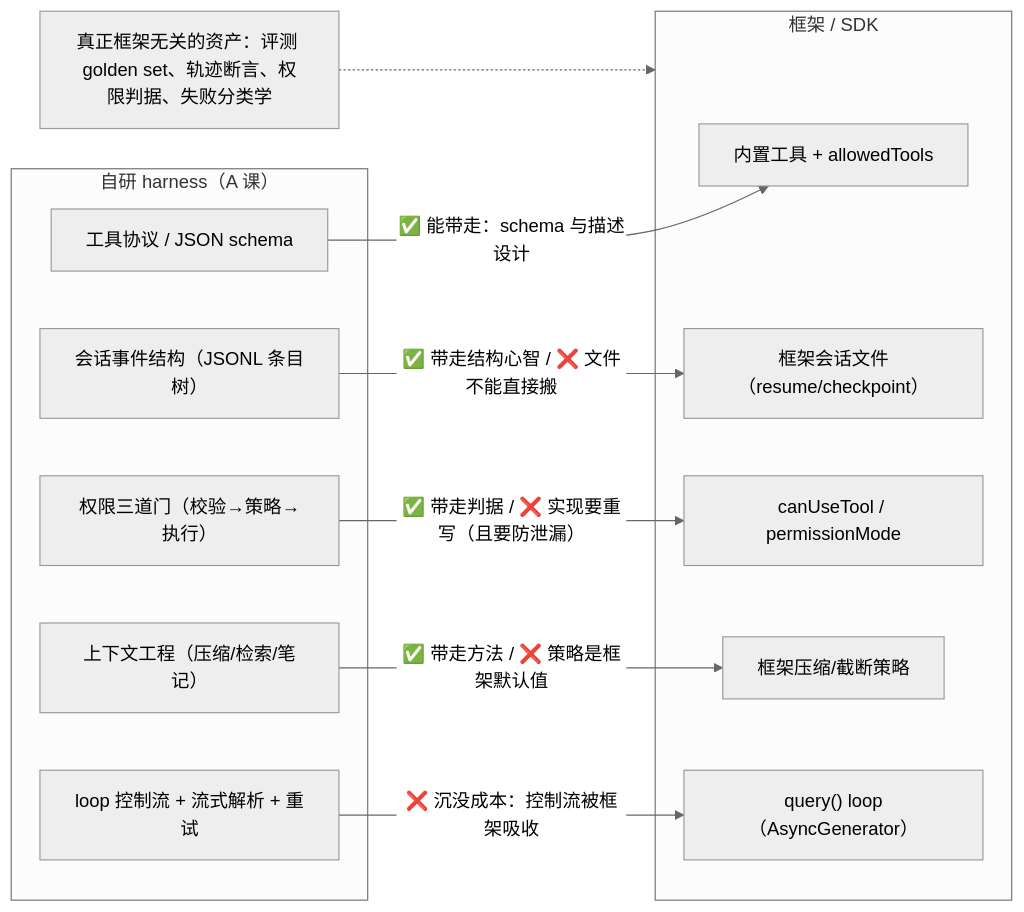
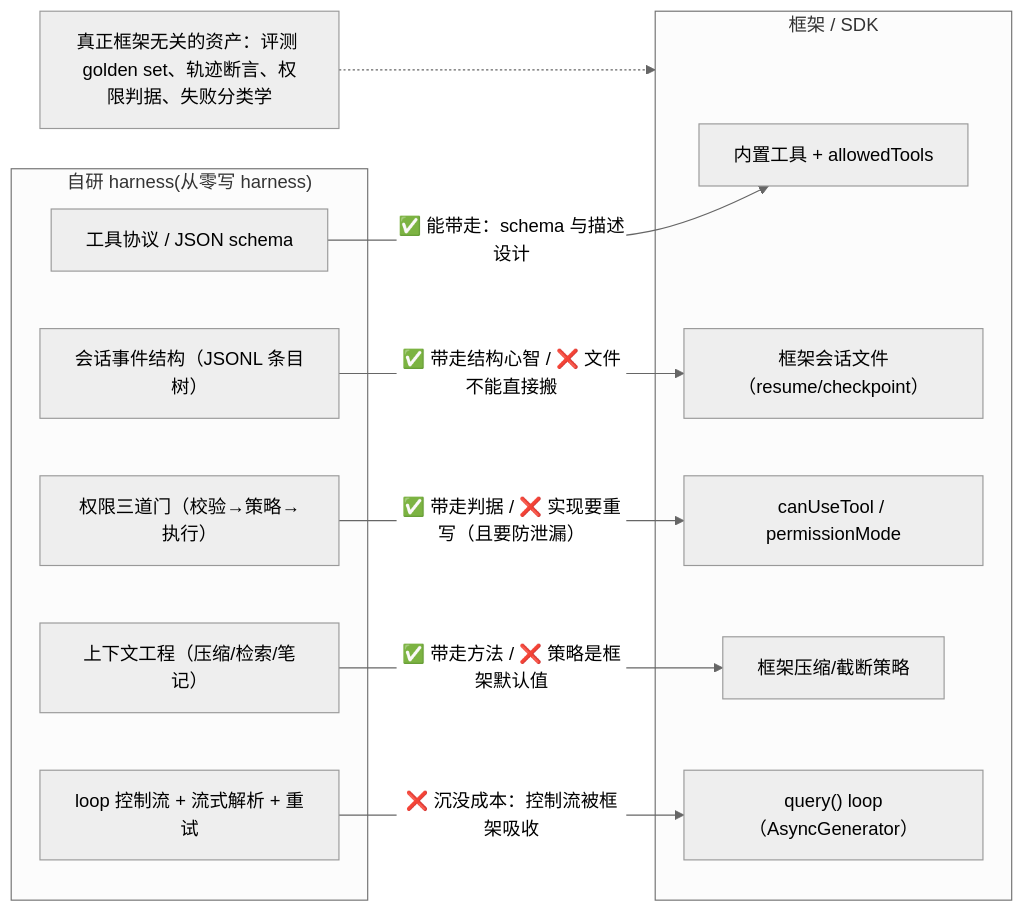
One commit to zo0043/learn-agent-harness changed the fourth of 4 diagrams in notes/framework-ecosystem.md. Above: the diagram before and after it, drawn with Mermaid (neutral theme). The commit also changed other lines of this file and 50 other files, not shown here.

````diff
--- a/notes/framework-ecosystem.md
+++ b/notes/framework-ecosystem.md
@@ -197,23 +197,23 @@
 ```mermaid
 flowchart LR
-  subgraph SELF["自研 harness（A 课）"]
+  subgraph SELF["自研 harness(从零写 harness)"]
     A1["工具协议 / JSON schema"]
     A2["会话事件结构（JSONL 条目树）"]
     A3["权限三道门（校验→策略→执行）"]
     A4["上下文工程（压缩/检索/笔记）"]
     A5["loop 控制流 + 流式解析 + 重试"]
   end
   subgraph FW["框架 / SDK"]
     F1["内置工具 + allowedTools"]
     F2["框架会话文件（resume/checkpoint）"]
     F3["canUseTool / permissionMode"]
     F4["框架压缩/截断策略"]
     F5["query() loop（AsyncGenerator）"]
   end
   A1 -->|"✅ 能带走：schema 与描述设计"| F1
   A2 -->|"✅ 带走结构心智 / ❌ 文件不能直接搬"| F2
   A3 -->|"✅ 带走判据 / ❌ 实现要重写（且要防泄漏）"| F3
   A4 -->|"✅ 带走方法 / ❌ 策略是框架默认值"| F4
   A5 -->|"❌ 沉没成本：控制流被框架吸收"| F5
   KEEP["真正框架无关的资产：评测 golden set、轨迹断言、权限判据、失败分类学"] -.-> FW
 ```
````
